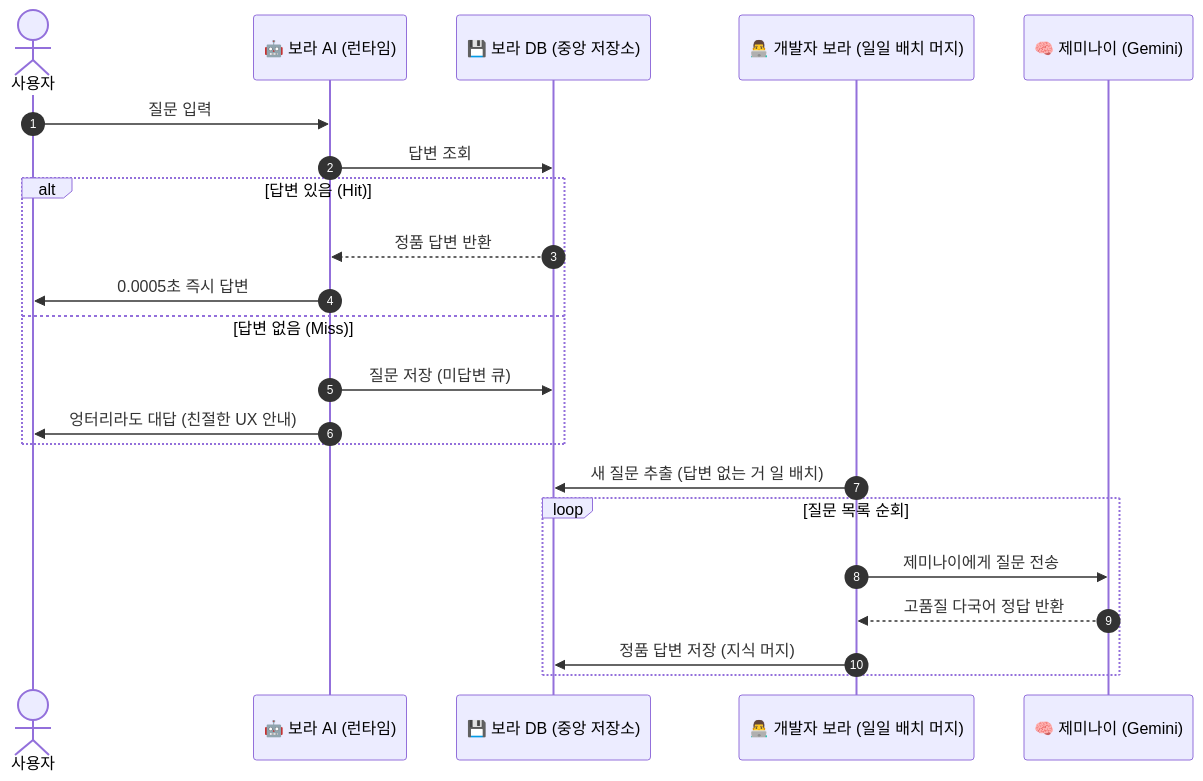
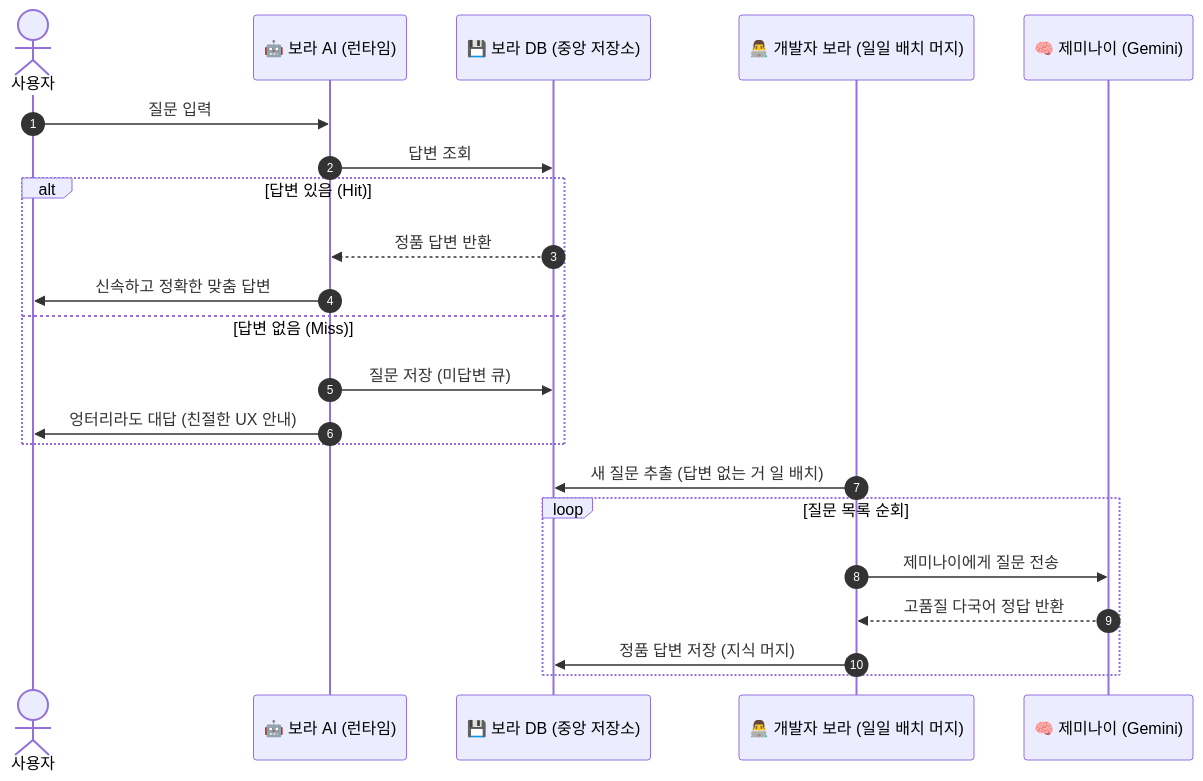
One commit to terainfoai-kyh/travel-info-kr changed the diagram in DECISIONS.md. Above: the diagram before and after it, drawn with Mermaid. The commit also changed other lines of this file and 1 other file, not shown here.

````diff
--- a/DECISIONS.md
+++ b/DECISIONS.md
@@ -69,28 +69,28 @@
   ```mermaid
   sequenceDiagram
       autonumber
       actor 사용자
       participant 보라AI as 🤖 보라 AI (런타임)
       participant 보라DB as 💾 보라 DB (중앙 저장소)
       participant 개발자보라 as 👨‍💻 개발자 보라 (일일 배치 머지)
       participant 제미나이 as 🧠 제미나이 (Gemini)
 
       %% 1. 실시간 사용자 서빙
       사용자->>보라AI: 질문 입력
       보라AI->>보라DB: 답변 조회
       alt 답변 있음 (Hit)
           보라DB-->>보라AI: 정품 답변 반환
-          보라AI->>사용자: 0.0005초 즉시 답변
+          보라AI->>사용자: 신속하고 정확한 맞춤 답변
       else 답변 없음 (Miss)
           보라AI->>보라DB: 질문 저장 (미답변 큐)
           보라AI->>사용자: 엉터리라도 대답 (친절한 UX 안내)
       end
 
       %% 2. 일일 배치 증류
       개발자보라->>보라DB: 새 질문 추출 (답변 없는 거 일 배치)
       loop 질문 목록 순회
           개발자보라->>제미나이: 제미나이에게 질문 전송
           제미나이-->>개발자보라: 고품질 다국어 정답 반환
           개발자보라->>보라DB: 정품 답변 저장 (지식 머지)
       end
   ```
````
